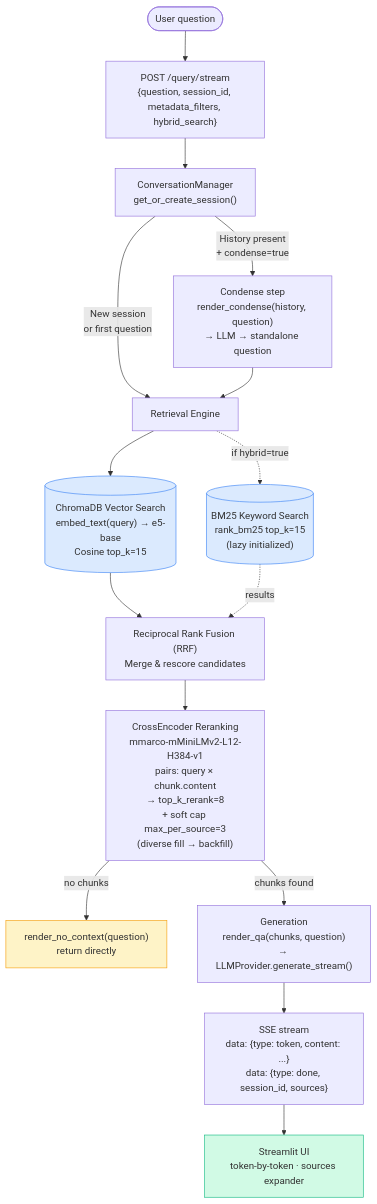
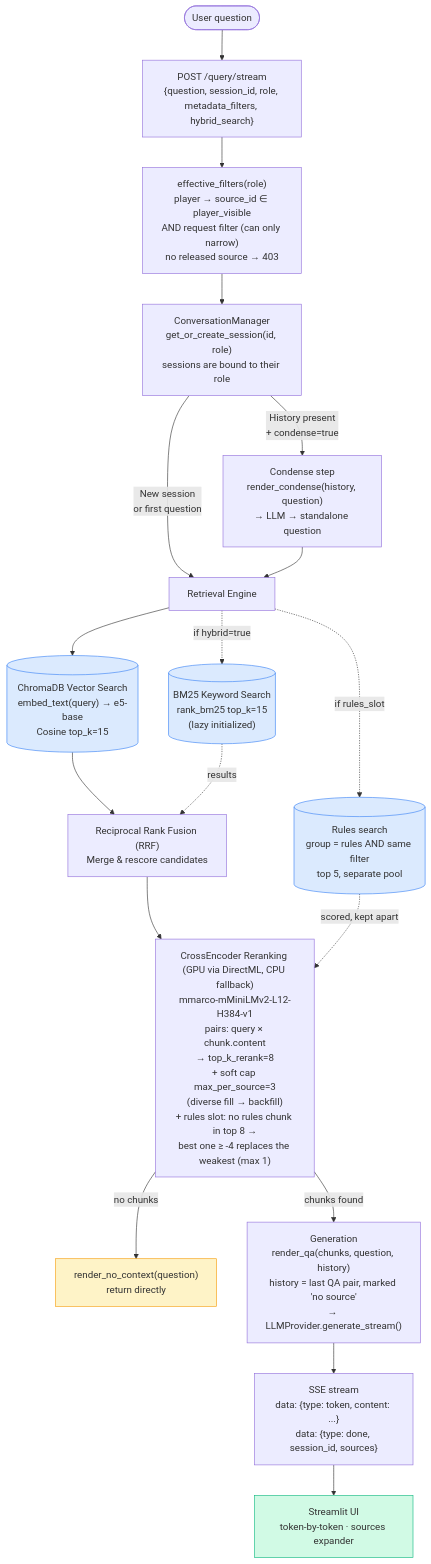
One commit to FabianHentrich/lorekeeper changed the second of 5 diagrams in docs/data-flow.md. Above: the diagram before and after it, drawn with Mermaid. The commit also changed 8 other files, not shown here.

Commit message:
Docs for today's work: player mode in the backend, answer history, chunk/feedback tabs, GPU reranker, rulebook slot

````diff
--- a/docs/data-flow.md
+++ b/docs/data-flow.md
@@ -64,35 +64,40 @@
 ```mermaid
 flowchart TD
-    USER([User question]) --> API["POST /query/stream\n{question, session_id, metadata_filters, hybrid_search}"]
+    USER([User question]) --> API["POST /query/stream\n{question, session_id, role, metadata_filters, hybrid_search}"]
 
-    API --> CM["ConversationManager\nget_or_create_session()"]
+    API --> ACCESS["effective_filters(role)\nplayer → source_id ∈ player_visible\nAND request filter (can only narrow)\nno released source → 403"]
+    ACCESS --> CM["ConversationManager\nget_or_create_session(id, role)\nsessions are bound to their role"]
 
     CM -->|"History present\n+ condense=true"| COND["Condense step\nrender_condense(history, question)\n→ LLM → standalone question"]
     CM -->|"New session\nor first question"| RET
 
     COND --> RET
 
     RET["Retrieval Engine"]
 
     RET --> VEC[("ChromaDB Vector Search\nembed_text(query) → e5-base\nCosine top_k=15")]
     RET -.->|"if hybrid=true"| BM25[("BM25 Keyword Search\nrank_bm25 top_k=15\n(lazy initialized)")]
 
+    RET -.->|"if rules_slot"| RULES[("Rules search\ngroup = rules AND same filter\ntop 5, separate pool")]
+
     VEC --> RRF["Reciprocal Rank Fusion (RRF)\nMerge & rescore candidates"]
     BM25 -.->|"results"| RRF
 
-    RRF --> RERANK["CrossEncoder Reranking\nmmarco-mMiniLMv2-L12-H384-v1\npairs: query × chunk.content\n→ top_k_rerank=8\n+ soft cap max_per_source=3\n(diverse fill → backfill)"]
+    RRF --> RERANK["CrossEncoder Reranking (GPU via DirectML, CPU fallback)\nmmarco-mMiniLMv2-L12-H384-v1\npairs: query × chunk.content\n→ top_k_rerank=8\n+ soft cap max_per_source=3\n(diverse fill → backfill)\n+ rules slot: no rules chunk in top 8 →\nbest one ≥ -4 replaces the weakest (max 1)"]
+    RULES -.->|"scored, kept apart"| RERANK
 
     RERANK -->|"no chunks"| NOCX["render_no_context(question)\nreturn directly"]
     RERANK -->|"chunks found"| GEN
 
-    GEN["Generation\nrender_qa(chunks, question)\n→ LLMProvider.generate_stream()"]
+    GEN["Generation\nrender_qa(chunks, question, history)\nhistory = last QA pair, marked 'no source'\n→ LLMProvider.generate_stream()"]
 
     GEN --> SSE["SSE stream\ndata: {type: token, content: ...}\ndata: {type: done, session_id, sources}"]
 
     SSE --> UI["Streamlit UI\ntoken-by-token · sources expander"]
 
     style VEC fill:#dbeafe,stroke:#3b82f6
     style BM25 fill:#dbeafe,stroke:#3b82f6
+    style RULES fill:#dbeafe,stroke:#3b82f6
     style NOCX fill:#fef3c7,stroke:#f59e0b
     style UI fill:#d1fae5,stroke:#10b981
 ```
````
